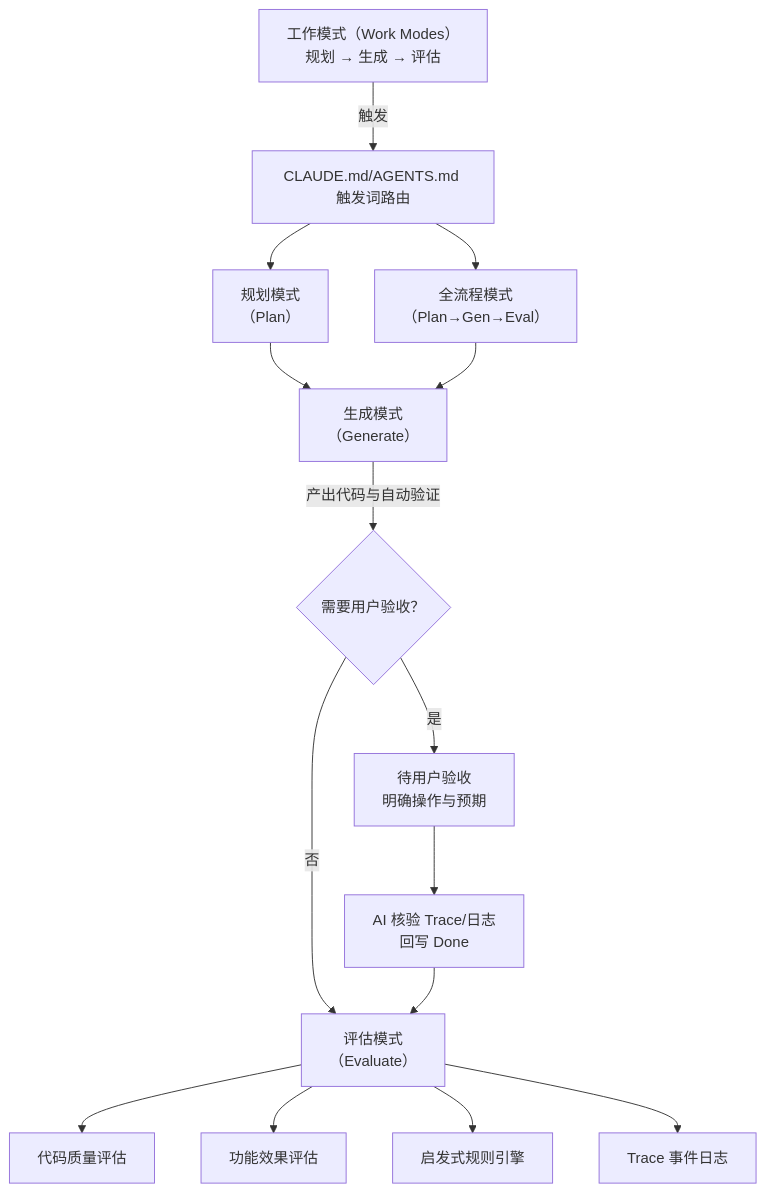
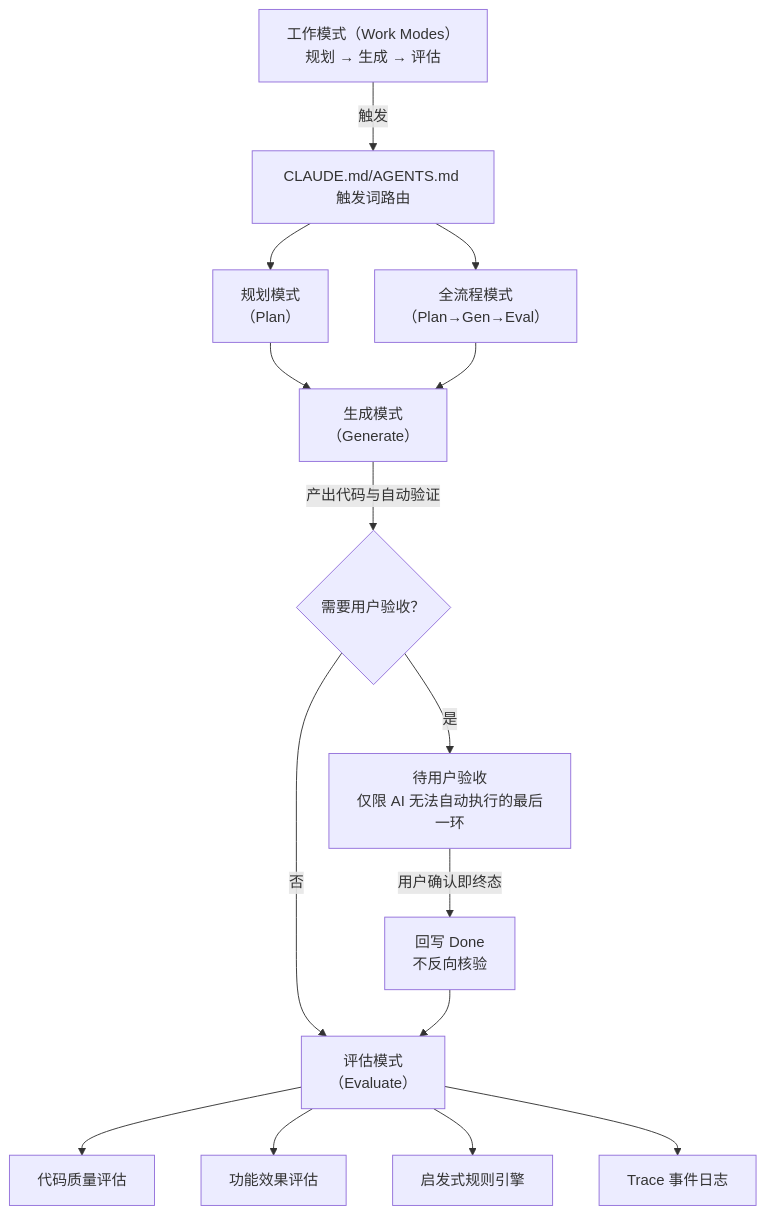
The diagram in docs/harness.md (pancake-lee/photo-agent), drawn with Mermaid before and after one commit. The commit also changed other lines of this file and 3 other files, not shown here.

````diff
--- a/docs/harness.md
+++ b/docs/harness.md
@@ -10,18 +10,18 @@
 ```mermaid
 flowchart TD
     A["工作模式（Work Modes）<br>规划 → 生成 → 评估"]
     A -->|触发| B["CLAUDE.md/AGENTS.md 触发词路由"]
     B --> C["规划模式<br>（Plan）"]
     B --> D["全流程模式<br>（Plan→Gen→Eval）"]
     C --> E["生成模式<br>（Generate）"]
     D --> E
     E -->|产出代码与自动验证| K{"需要用户验收？"}
     K -->|否| F["评估模式<br>（Evaluate）"]
-    K -->|是| L["待用户验收<br>明确操作与预期"]
-    L --> M["AI 核验 Trace/日志<br>回写 Done"]
+    K -->|是| L["待用户验收<br>仅限 AI 无法自动执行的最后一环"]
+    L -->|用户确认即终态| M["回写 Done<br>不反向核验"]
     M --> F
     F --> G["代码质量评估"]
     F --> H["功能效果评估"]
     F --> I["启发式规则引擎"]
     F --> J["Trace 事件日志"]
 ```
````
